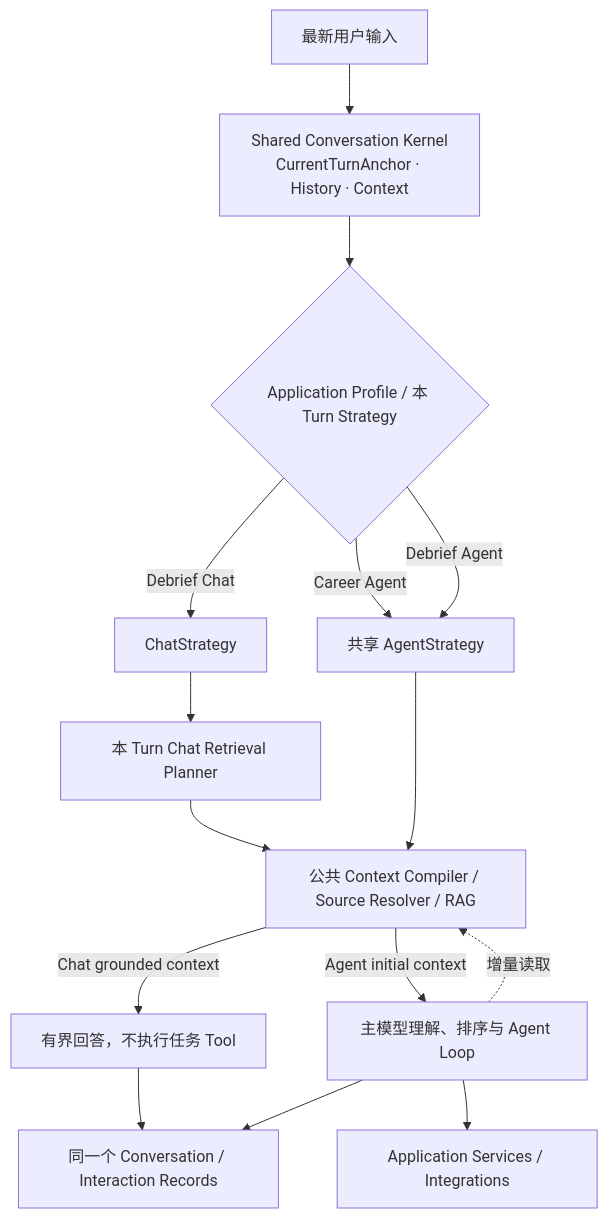
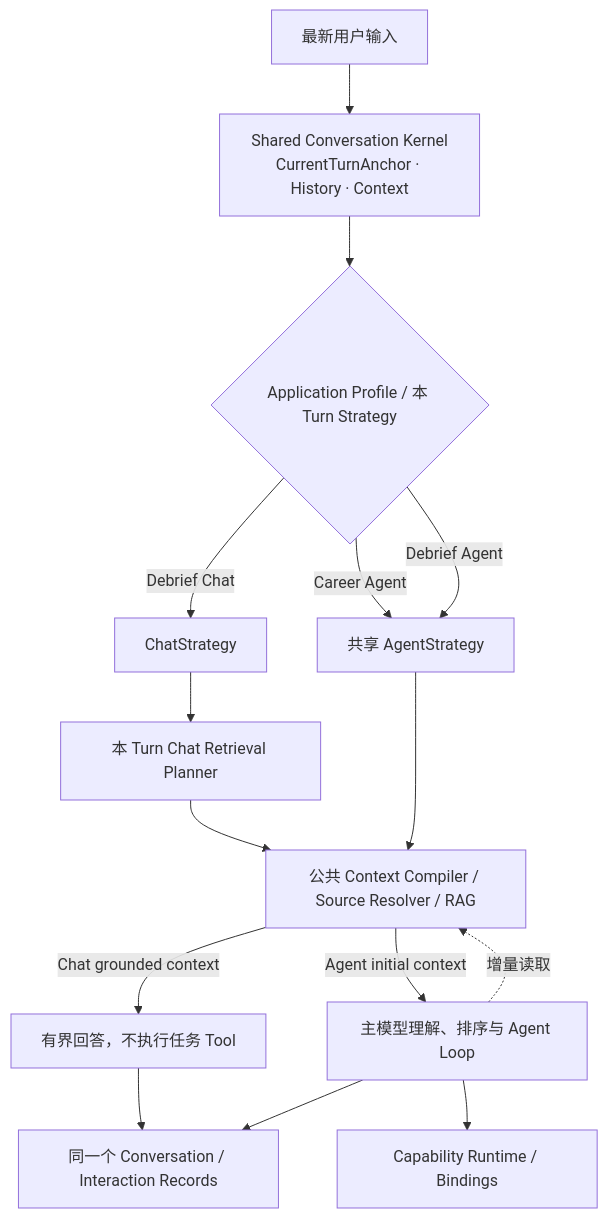
Before and after one commit to studyzhige-ui/Interview_Copilot: the first of 2 diagrams in docs/architecture/full-cycle-career-copilot.md, drawn with Mermaid. The commit also changed other lines of this file, not shown here.

Commit message:
docs: define first-party product control architecture

````diff
--- a/docs/architecture/full-cycle-career-copilot.md
+++ b/docs/architecture/full-cycle-career-copilot.md
@@ -699,22 +734,22 @@
 ```mermaid
 flowchart TB
     Input["最新用户输入"] --> Kernel["Shared Conversation Kernel<br/>CurrentTurnAnchor · History · Context"]
 
     Kernel --> Profile{"Application Profile / 本 Turn Strategy"}
 
     Profile -->|"Career Agent"| Agent["共享 AgentStrategy"]
     Profile -->|"Debrief Agent"| Agent
     Profile -->|"Debrief Chat"| Chat["ChatStrategy"]
 
     Chat --> Retrieval["本 Turn Chat Retrieval Planner"]
     Retrieval --> Context["公共 Context Compiler / Source Resolver / RAG"]
     Context -->|"Chat grounded context"| Answer["有界回答，不执行任务 Tool"]
 
     Agent --> Context
     Context -->|"Agent initial context"| Loop["主模型理解、排序与 Agent Loop"]
     Loop -. "增量读取" .-> Context
-    Loop --> Capability["Application Services / Integrations"]
+    Loop --> Capability["Capability Runtime / Bindings"]
 
     Answer --> Conversation["同一个 Conversation / Interaction Records"]
     Loop --> Conversation
 ```
````
